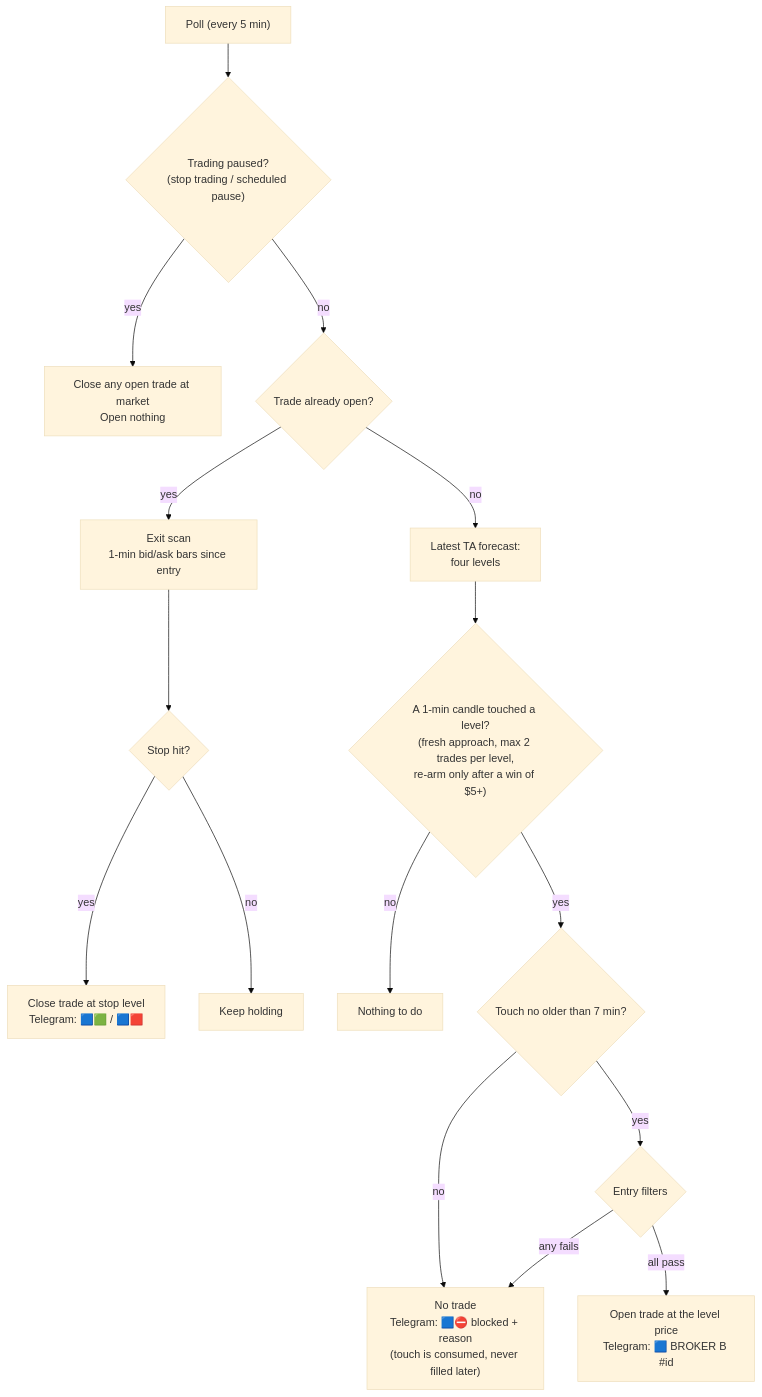
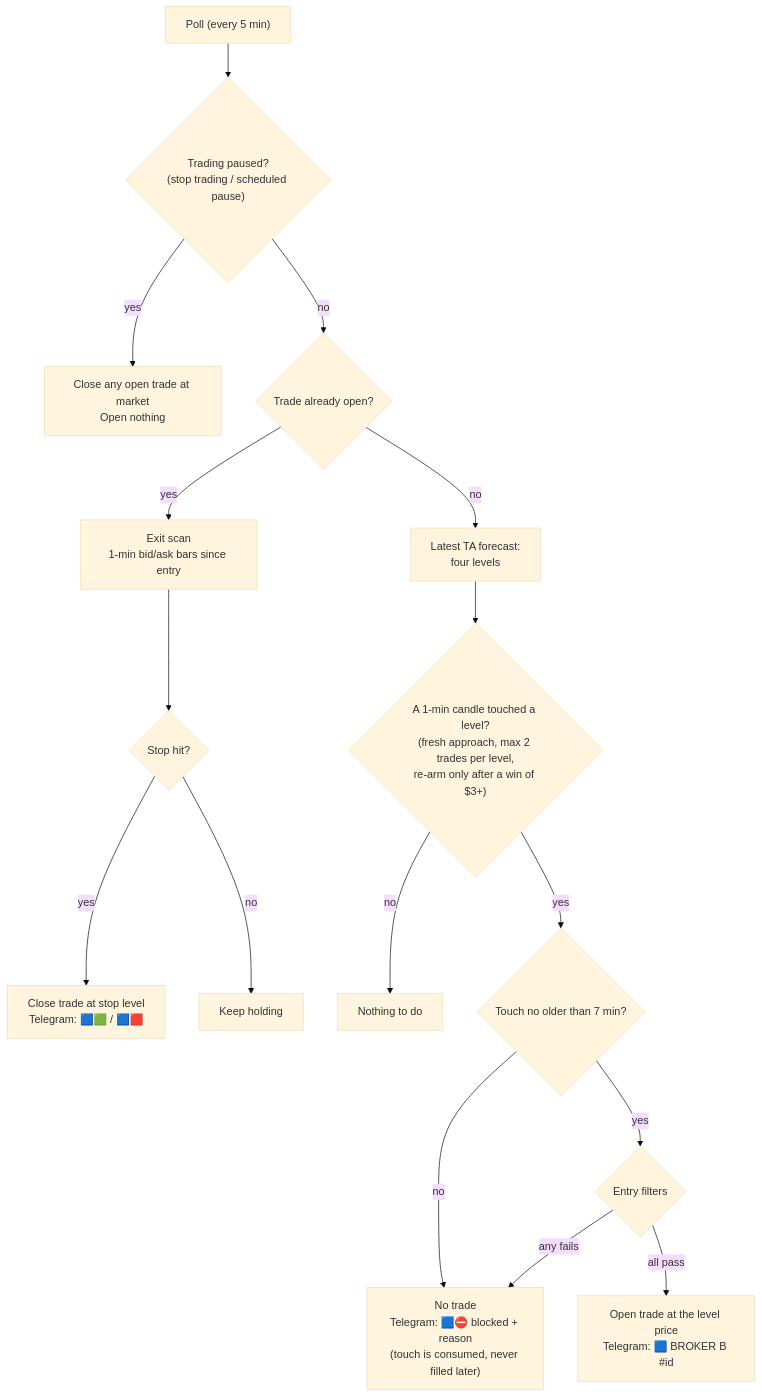
One commit to Armada86/goldo changed the diagram in docs/broker-b.md. Above: the diagram before and after it, drawn with Mermaid (base theme). The commit also changed other lines of this file and 3 other files, not shown here.

First line of the commit message:
Broker B: lower re-arm minimum win to $3

````diff
--- a/docs/broker-b.md
+++ b/docs/broker-b.md
@@ -21,21 +21,21 @@
 ```mermaid
 flowchart TD
     Poll["Poll (every 5 min)"] --> Paused{"Trading paused?\n(stop trading / scheduled pause)"}
     Paused -->|yes| CloseAll["Close any open trade at market\nOpen nothing"]
     Paused -->|no| Open{"Trade already open?"}
 
     Open -->|yes| Exit["Exit scan\n1-min bid/ask bars since entry"]
     Exit --> Stop{"Stop hit?"}
     Stop -->|yes| Close["Close trade at stop level\nTelegram: 🟦🟩 / 🟦🟥"]
     Stop -->|no| Hold["Keep holding"]
 
     Open -->|no| Forecast["Latest TA forecast:\nfour levels"]
-    Forecast --> Touch{"A 1-min candle touched a level?\n(fresh approach, max 2 trades per level,\nre-arm only after a win of $5+)"}
+    Forecast --> Touch{"A 1-min candle touched a level?\n(fresh approach, max 2 trades per level,\nre-arm only after a win of $3+)"}
     Touch -->|no| Nothing["Nothing to do"]
     Touch -->|yes| Age{"Touch no older than 7 min?"}
     Age -->|no| Blocked
     Age -->|yes| Filters{"Entry filters"}
 
     Filters -->|"all pass"| Enter["Open trade at the level price\nTelegram: 🟦 BROKER B #id"]
     Filters -->|"any fails"| Blocked["No trade\nTelegram: 🟦⛔ blocked + reason\n(touch is consumed, never filled later)"]
 ```
````
